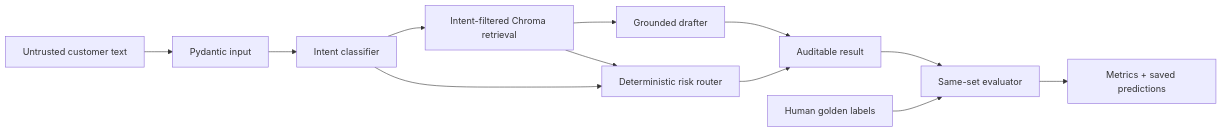
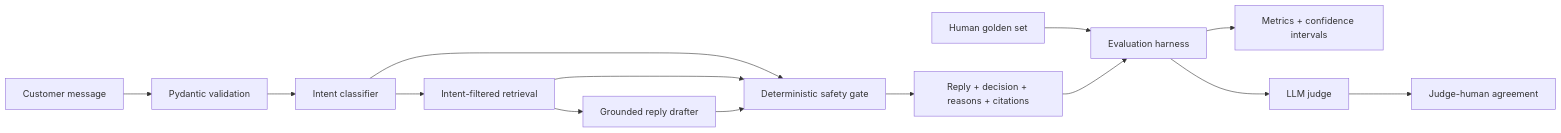
One commit to 9059Rohith/ResolveAI changed the diagram in README.md. Above: the diagram before and after it, drawn with Mermaid. The commit also changed other lines of this file, not shown here.

Commit message:
docs: publish evaluator-first project README

````diff
--- a/README.md
+++ b/README.md
@@ -119,14 +45,17 @@
 ```mermaid
 flowchart LR
-  A[Untrusted customer text] --> B[Pydantic input]
-  B --> C[Intent classifier]
-  C --> D[Intent-filtered Chroma retrieval]
-  D --> E[Grounded drafter]
-  C --> F[Deterministic risk router]
-  D --> F
-  E --> G[Auditable result]
-  F --> G
-  H[Human golden labels] --> I[Same-set evaluator]
-  G --> I
-  I --> J[Metrics + saved predictions]
+    U[Customer message] --> V[Pydantic validation]
+    V --> C[Intent classifier]
+    C --> R[Intent-filtered retrieval]
+    R --> D[Grounded reply drafter]
+    C --> G[Deterministic safety gate]
+    R --> G
+    D --> G
+    G --> O[Reply + decision + reasons + citations]
+
+    H[Human golden set] --> E[Evaluation harness]
+    O --> E
+    E --> M[Metrics + confidence intervals]
+    E --> J[LLM judge]
+    J --> A[Judge-human agreement]
 ```
````
